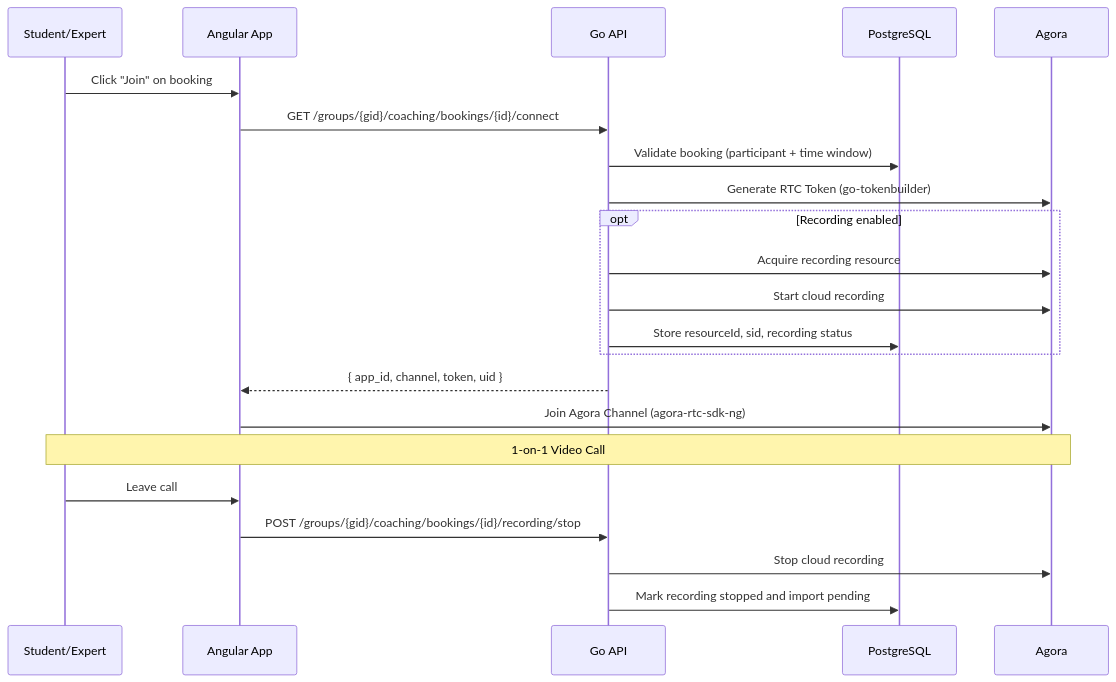
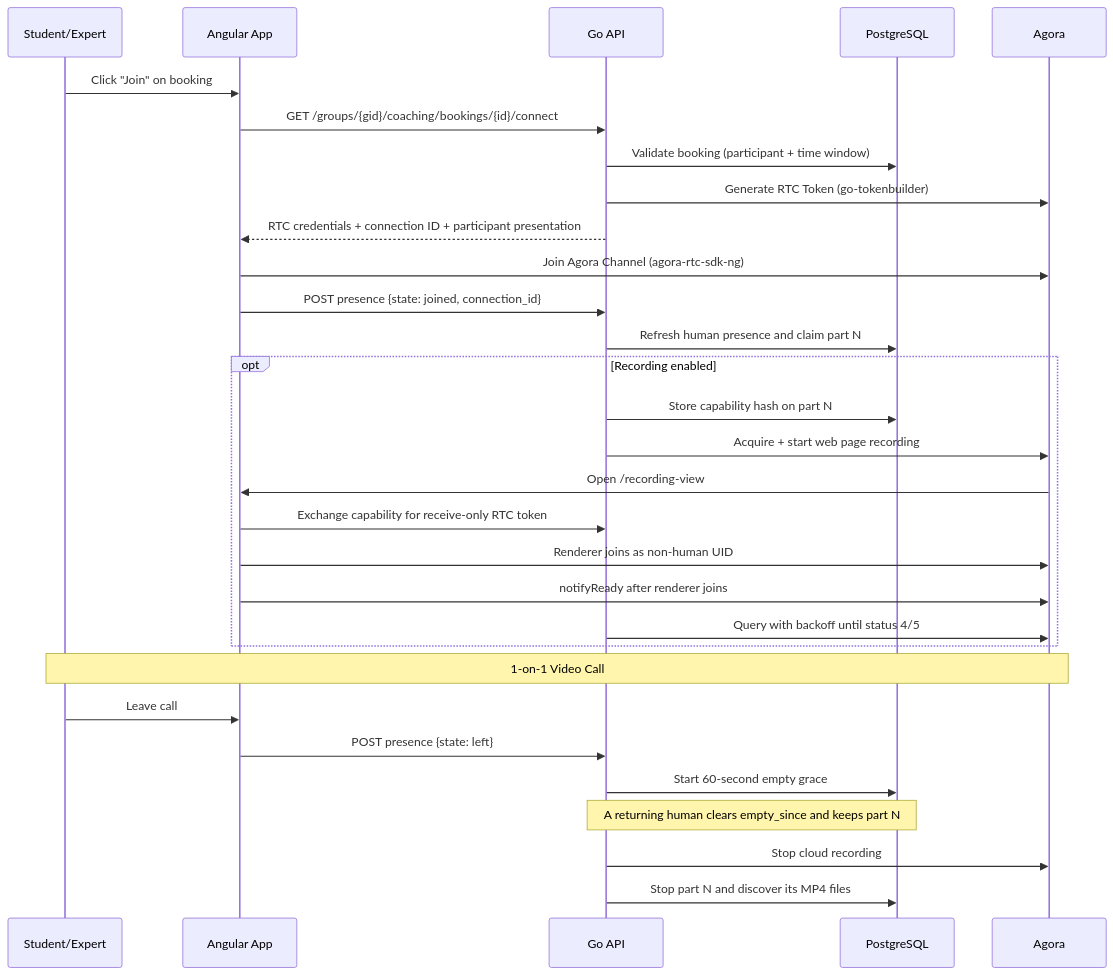
The fifth of 10 diagrams in README.md (OZIOisgood/zeta), drawn with Mermaid before and after one commit. The commit also changed other lines of this file and 38 other files, not shown here.

First line of the commit message:
Agora page recording implementation (#54)

````diff
--- a/README.md
+++ b/README.md
@@ -333,25 +333,33 @@
 ```mermaid
 sequenceDiagram
     participant U as Student/Expert
     participant W as Angular App
     participant A as Go API
     participant D as PostgreSQL
     participant AG as Agora
 
     U->>W: Click "Join" on booking
     W->>A: GET /groups/{gid}/coaching/bookings/{id}/connect
     A->>D: Validate booking (participant + time window)
     A->>AG: Generate RTC Token (go-tokenbuilder)
+    A-->>W: RTC credentials + connection ID + participant presentation
+    W->>AG: Join Agora Channel (agora-rtc-sdk-ng)
+    W->>A: POST presence {state: joined, connection_id}
+    A->>D: Refresh human presence and claim part N
     opt Recording enabled
-        A->>AG: Acquire recording resource
-        A->>AG: Start cloud recording
-        A->>D: Store resourceId, sid, recording status
+        A->>D: Store capability hash on part N
+        A->>AG: Acquire + start web page recording
+        AG->>W: Open /recording-view#cap=…
+        W->>A: Exchange capability for receive-only RTC token
+        W->>AG: Renderer joins as non-human UID
+        W->>AG: notifyReady after renderer joins
+        A->>AG: Query with backoff until status 4/5
     end
-    A-->>W: { app_id, channel, token, uid }
-    W->>AG: Join Agora Channel (agora-rtc-sdk-ng)
     Note over U,AG: 1-on-1 Video Call
     U->>W: Leave call
-    W->>A: POST /groups/{gid}/coaching/bookings/{id}/recording/stop
+    W->>A: POST presence {state: left}
+    A->>D: Start 60-second empty grace
+    Note over A,D: A returning human clears empty_since and keeps part N
     A->>AG: Stop cloud recording
-    A->>D: Mark recording stopped and import pending
+    A->>D: Stop part N and discover its MP4 files
 ```
````
